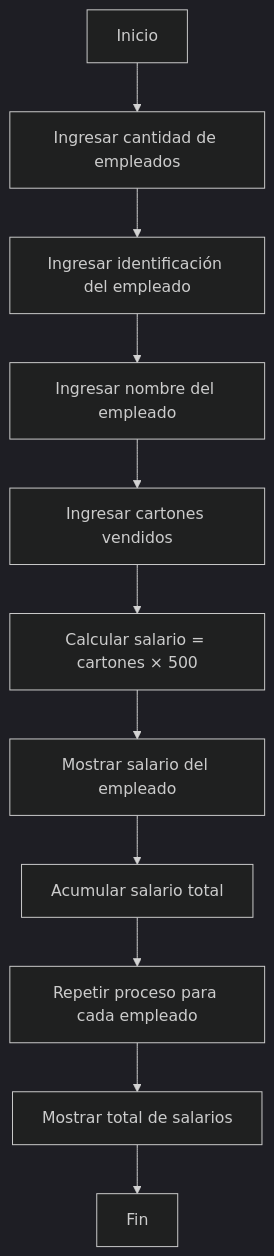
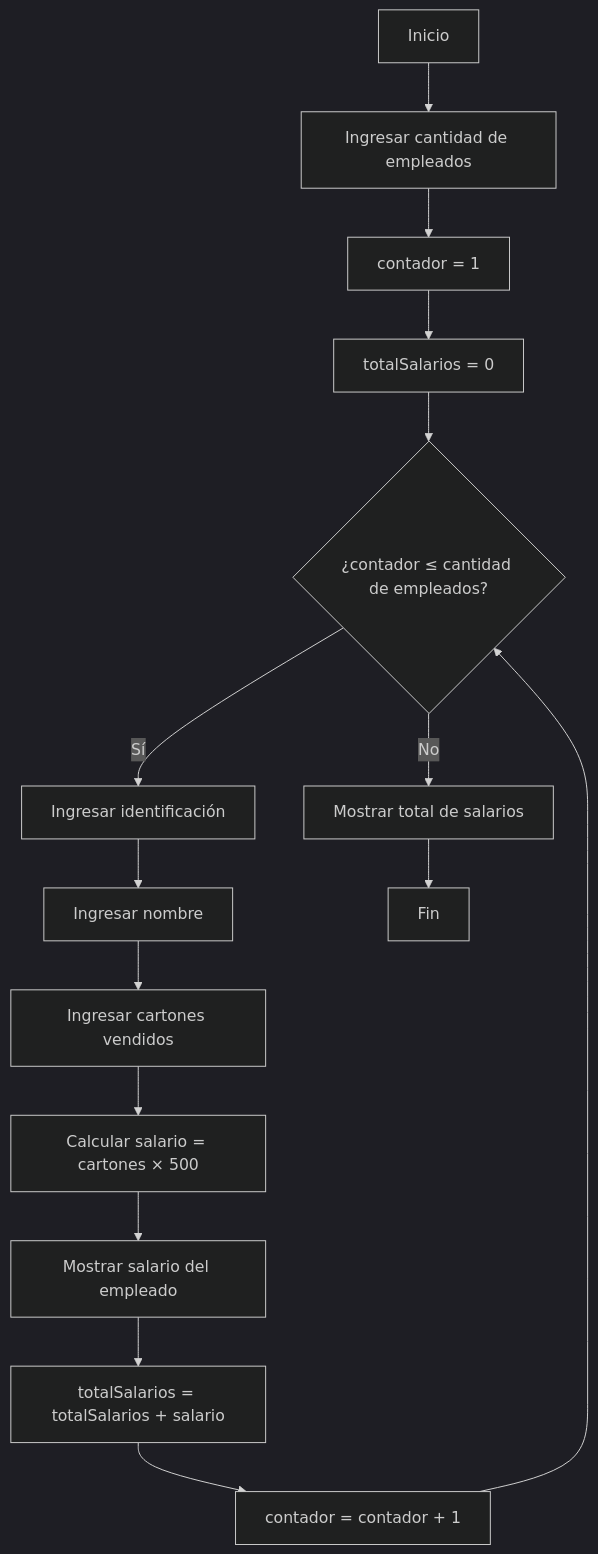
Before and after one commit to Saikopon/Hola-mundo: the diagram in README.md, drawn with Mermaid (dark theme).

````diff
--- a/README.md
+++ b/README.md
@@ -72,19 +72,24 @@
 ```mermaid
 flowchart TD
 
-A[Inicio]
-A --> B[Ingresar cantidad de empleados]
+A[Inicio] --> B[Ingresar cantidad de empleados]
+B --> C[contador = 1]
+C --> D[totalSalarios = 0]
 
-B --> C[Ingresar identificación del empleado]
-C --> D[Ingresar nombre del empleado]
-D --> E[Ingresar cartones vendidos]
+D --> E{¿contador ≤ cantidad de empleados?}
 
-E --> F[Calcular salario = cartones × 500]
-F --> G[Mostrar salario del empleado]
+E -- Sí --> F[Ingresar identificación]
+F --> G[Ingresar nombre]
+G --> H[Ingresar cartones vendidos]
 
-G --> H[Acumular salario total]
-H --> I[Repetir proceso para cada empleado]
+H --> I[Calcular salario = cartones × 500]
+I --> J[Mostrar salario del empleado]
 
-I --> J[Mostrar total de salarios]
-J --> K[Fin]
+J --> K[totalSalarios = totalSalarios + salario]
+K --> L[contador = contador + 1]
+
+L --> E
+
+E -- No --> M[Mostrar total de salarios]
+M --> N[Fin]
 ```
````
